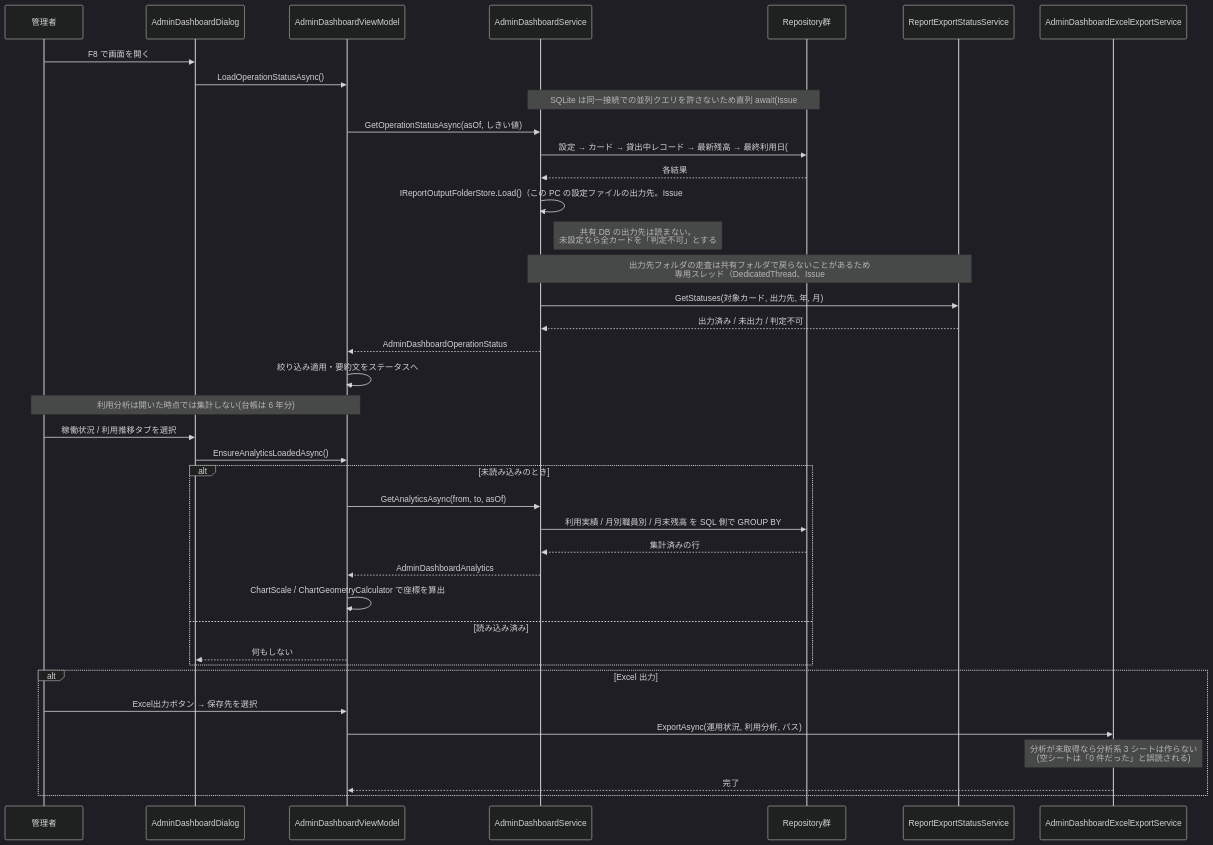
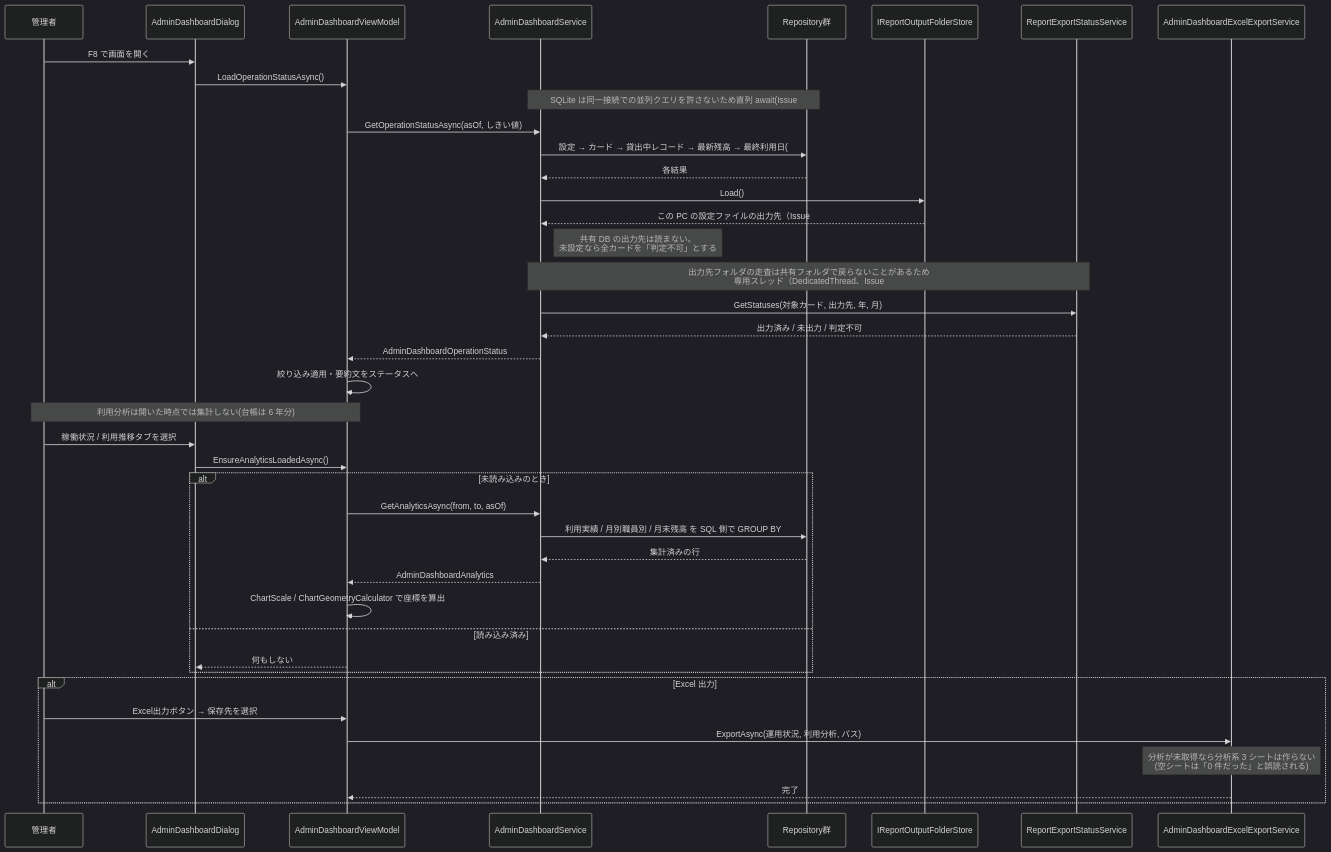
One commit to kuwayamamasayuki/ICCardManager changed diagram 17 of 17 in ICCardManager/docs/design/06_シーケンス図.md. Above: the diagram before and after it, drawn with Mermaid (dark theme). The commit also changed other lines of this file and 1 other file, not shown here.

First line of the commit message:
docs: シーケンス図のレビュー指摘を反映し、#2309 から申し送りの食い違いを直した（#2310）

````diff
--- a/ICCardManager/docs/design/06_シーケンス図.md
+++ b/ICCardManager/docs/design/06_シーケンス図.md
@@ -1105,46 +1132,48 @@
 ```mermaid
 sequenceDiagram
     participant User as 管理者
     participant Dlg as AdminDashboardDialog
     participant VM as AdminDashboardViewModel
     participant Svc as AdminDashboardService
     participant Repo as Repository群
+    participant Store as IReportOutputFolderStore
     participant RES as ReportExportStatusService
     participant Xls as AdminDashboardExcelExportService
 
     User->>Dlg: F8 で画面を開く
     Dlg->>VM: LoadOperationStatusAsync()
 
     Note over Svc,Repo: SQLite は同一接続での並列クエリを許さないため直列 await(Issue #1452)
     VM->>Svc: GetOperationStatusAsync(asOf, しきい値)
     Svc->>Repo: 設定 → カード → 貸出中レコード → 最新残高 → 最終利用日(#1747) → 職員
     Repo-->>Svc: 各結果
-    Svc->>Svc: IReportOutputFolderStore.Load()（この PC の設定ファイルの出力先。Issue #2266）
+    Svc->>Store: Load()
+    Store-->>Svc: この PC の設定ファイルの出力先（Issue #2266）
     Note right of Svc: 共有 DB の出力先は読まない。<br/>未設定なら全カードを「判定不可」とする
     Note over Svc,RES: 出力先フォルダの走査は共有フォルダで戻らないことがあるため<br/>専用スレッド（DedicatedThread、Issue #2221）で実行
     Svc->>RES: GetStatuses(対象カード, 出力先, 年, 月)
     RES-->>Svc: 出力済み / 未出力 / 判定不可
     Svc-->>VM: AdminDashboardOperationStatus
     VM->>VM: 絞り込み適用・要約文をステータスへ
 
     Note over User,VM: 利用分析は開いた時点では集計しない(台帳は 6 年分)
     User->>Dlg: 稼働状況 / 利用推移タブを選択
     Dlg->>VM: EnsureAnalyticsLoadedAsync()
 
     alt 未読み込みのとき
         VM->>Svc: GetAnalyticsAsync(from, to, asOf)
         Svc->>Repo: 利用実績 / 月別職員別 / 月末残高 を SQL 側で GROUP BY
         Repo-->>Svc: 集計済みの行
         Svc-->>VM: AdminDashboardAnalytics
         VM->>VM: ChartScale / ChartGeometryCalculator で座標を算出
     else 読み込み済み
         VM-->>Dlg: 何もしない
     end
 
     alt Excel 出力
         User->>VM: Excel出力ボタン → 保存先を選択
         VM->>Xls: ExportAsync(運用状況, 利用分析, パス)
         Note over Xls: 分析が未取得なら分析系 3 シートは作らない<br/>(空シートは「0 件だった」と誤読される)
         Xls-->>VM: 完了
     end
 ```
````
